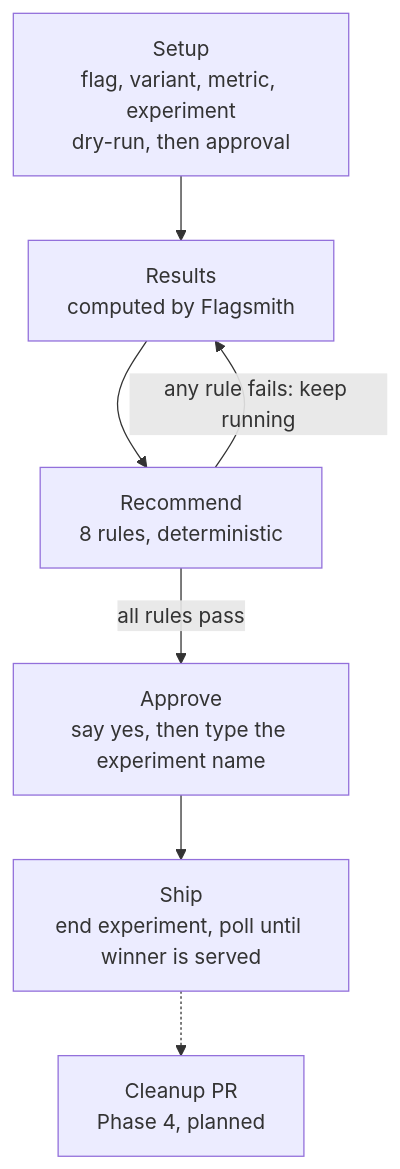
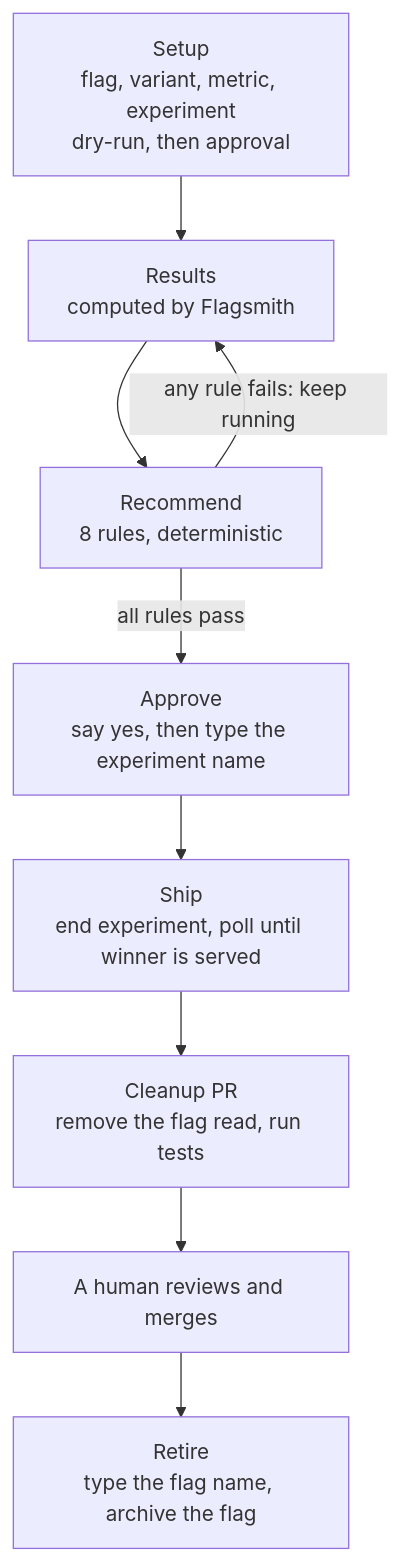
One commit to BarisPrespects-23849/flag-pilot changed the diagram in README.md. Above: the diagram before and after it, drawn with Mermaid. The commit also changed other lines of this file and 21 other files, not shown here.

First line of the commit message:
Phase 4: cleanup pull request and flag retirement

````diff
--- a/README.md
+++ b/README.md
@@ -18,9 +20,11 @@
 ```mermaid
 flowchart TD
     A["Setup<br/>flag, variant, metric, experiment<br/>dry-run, then approval"] --> B["Results<br/>computed by Flagsmith"]
     B --> C["Recommend<br/>8 rules, deterministic"]
     C -- "any rule fails: keep running" --> B
     C -- "all rules pass" --> D["Approve<br/>say yes, then type the experiment name"]
     D --> E["Ship<br/>end experiment, poll until winner is served"]
-    E -.-> F["Cleanup PR<br/>Phase 4, planned"]
+    E --> F["Cleanup PR<br/>remove the flag read, run tests"]
+    F --> G["A human reviews and merges"]
+    G --> H["Retire<br/>type the flag name, archive the flag"]
 ```
````
